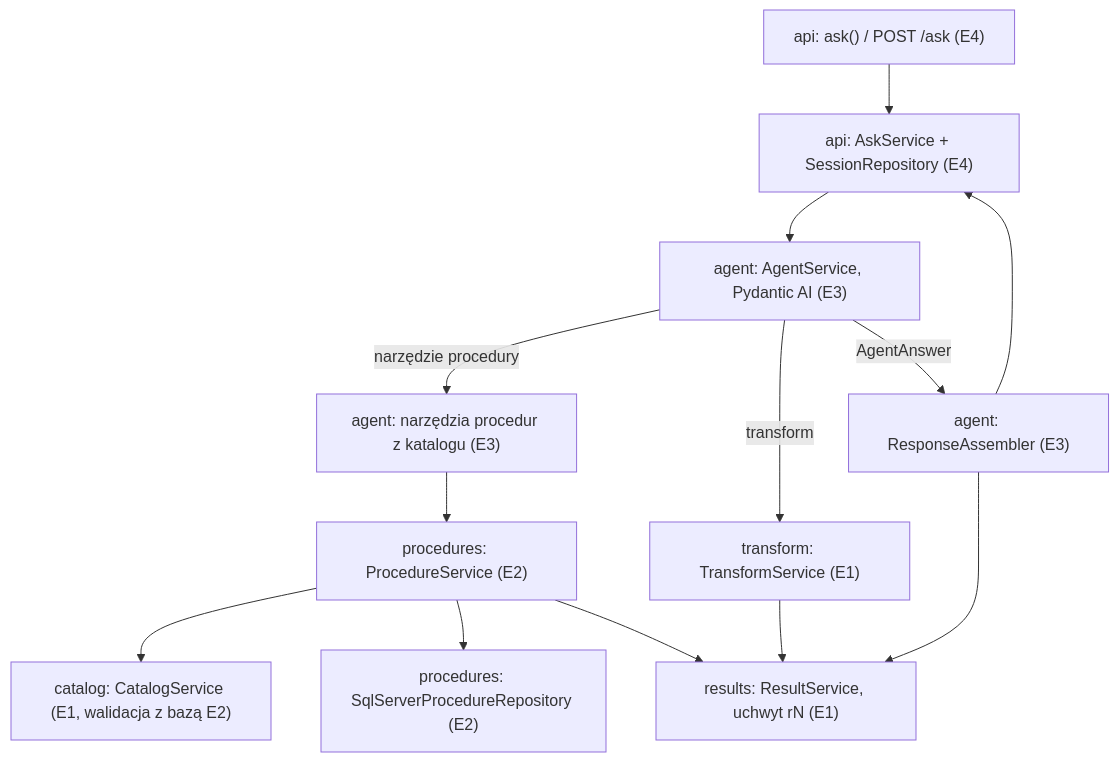
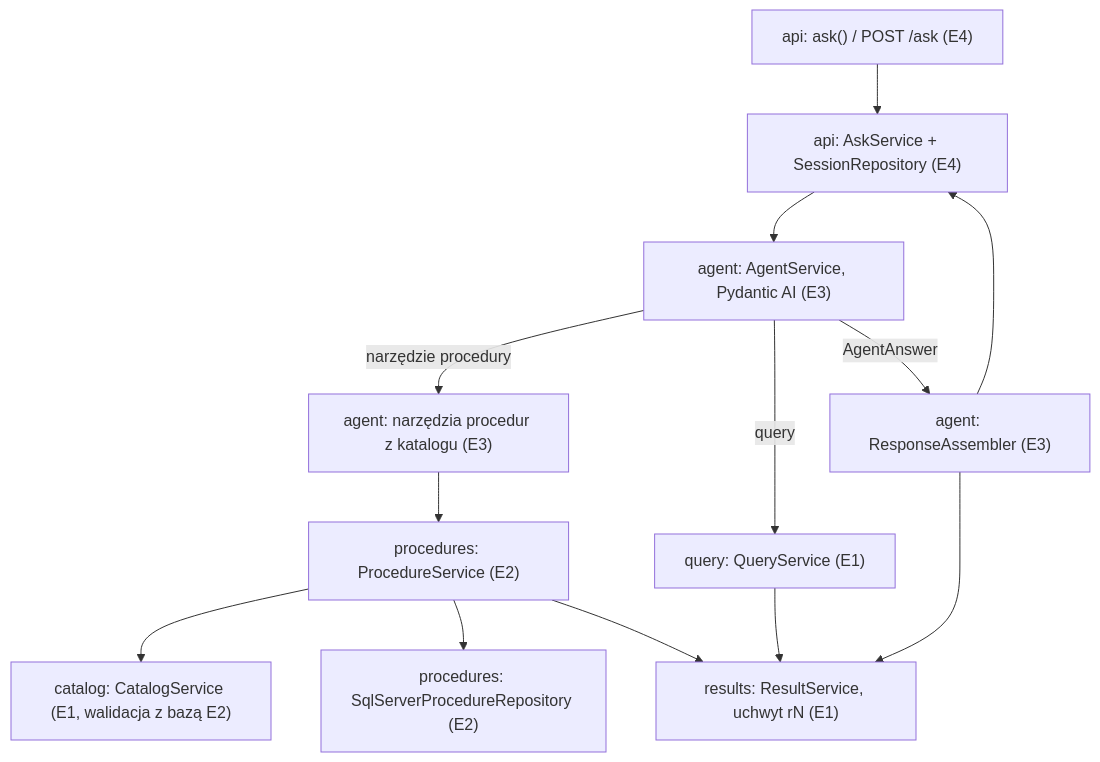
The second of 2 diagrams in docs/plans/2026-10-11-1011-feat-etapy-wdrozenia-v1-plan.md (Pigula1984/data-concierge), drawn with Mermaid before and after one commit. The commit also changed other lines of this file and 33 other files, not shown here.

````diff
--- a/docs/plans/2026-10-11-1011-feat-etapy-wdrozenia-v1-plan.md
+++ b/docs/plans/2026-10-11-1011-feat-etapy-wdrozenia-v1-plan.md
@@ -167,15 +182,15 @@
 ```mermaid
 flowchart TB
   A["api: ask() / POST /ask (E4)"] --> S["api: AskService + SessionRepository (E4)"]
   S --> AG["agent: AgentService, Pydantic AI (E3)"]
   AG -->|narzędzie procedury| PT["agent: narzędzia procedur z katalogu (E3)"]
   PT --> PS["procedures: ProcedureService (E2)"]
   PS --> CAT["catalog: CatalogService (E1, walidacja z bazą E2)"]
   PS --> PR["procedures: SqlServerProcedureRepository (E2)"]
   PS --> RS["results: ResultService, uchwyt rN (E1)"]
-  AG -->|transform| TS["transform: TransformService (E1)"]
-  TS --> RS
+  AG -->|query| QS["query: QueryService (E1)"]
+  QS --> RS
   AG -->|AgentAnswer| RA["agent: ResponseAssembler (E3)"]
   RA --> RS
   RA --> S
 ```
````
